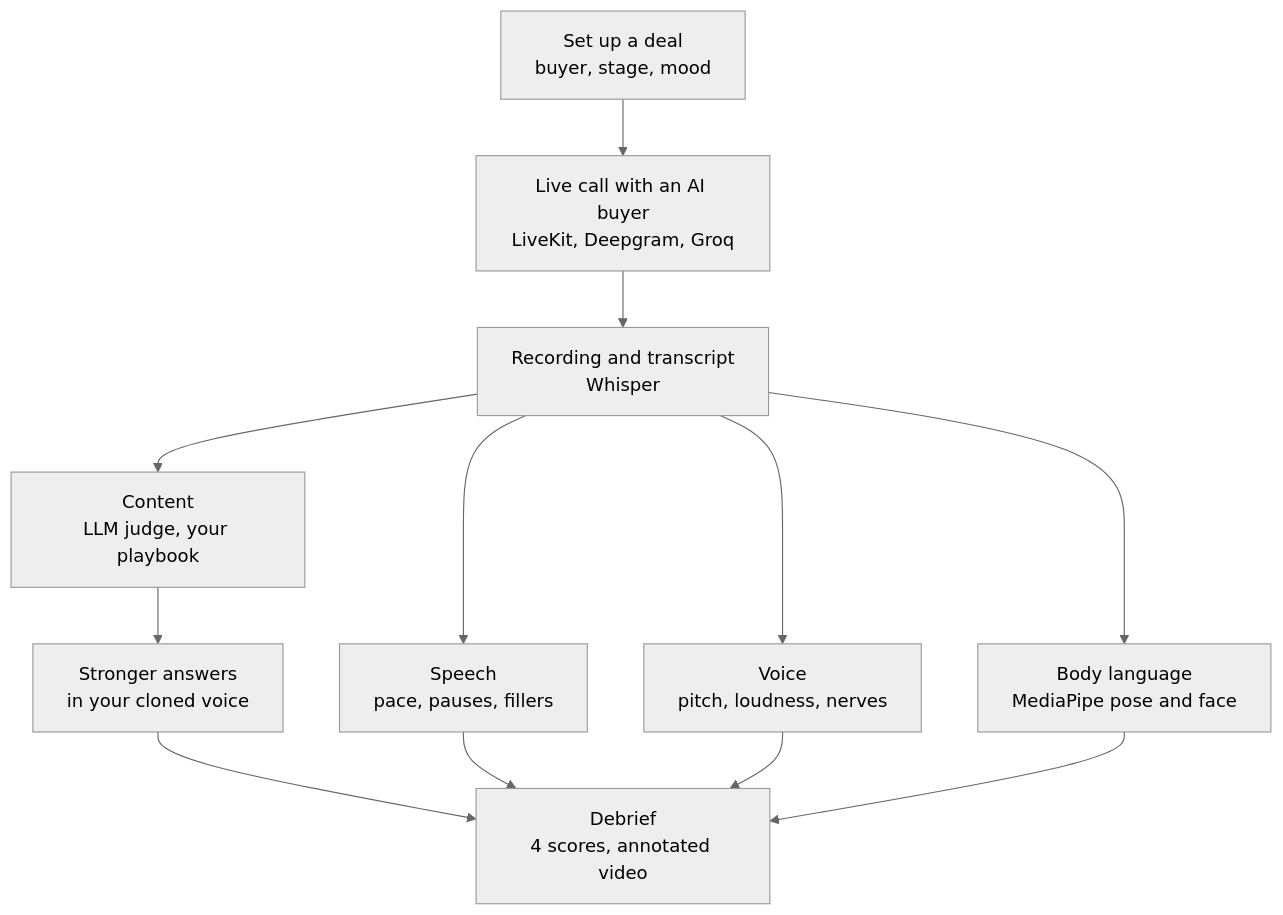
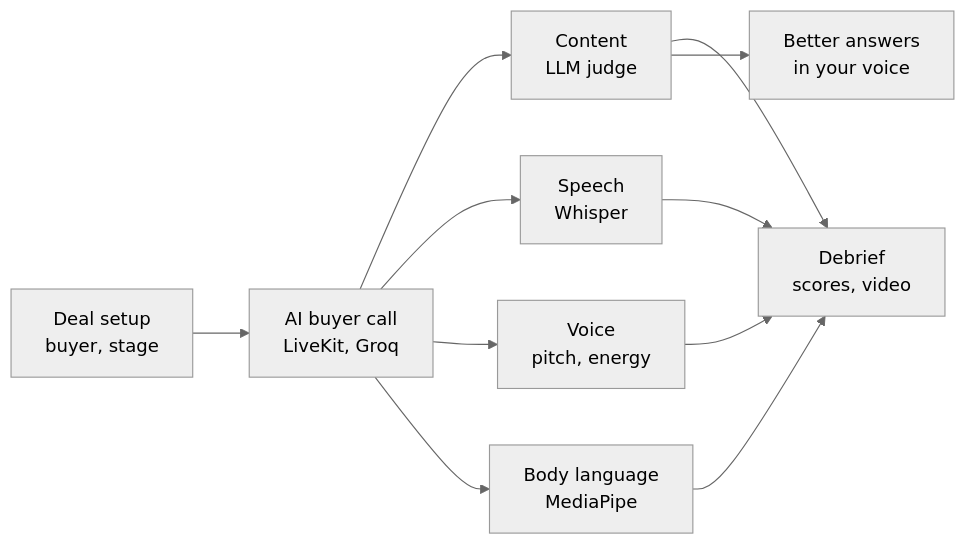
The fifth of 6 diagrams in README.md (krishnapriyarajeev/krishnapriyarajeev), drawn with Mermaid (neutral theme) before and after one commit. The commit also changed other lines of this file, not shown here.

Commit message:
Add architecture diagrams for all projects

````diff
--- a/README.md
+++ b/README.md
@@ -40,14 +98,13 @@
   ```mermaid
-  flowchart TD
-      setup["Set up a deal<br/>buyer, stage, mood"] --> live["Live call with an AI buyer<br/>LiveKit, Deepgram, Groq"]
-      live --> rec["Recording and transcript<br/>Whisper"]
-      rec --> content["Content<br/>LLM judge, your playbook"]
-      rec --> speech["Speech<br/>pace, pauses, fillers"]
-      rec --> voice["Voice<br/>pitch, loudness, nerves"]
-      rec --> body["Body language<br/>MediaPipe pose and face"]
-      content --> fixes["Stronger answers<br/>in your cloned voice"]
-      fixes --> debrief["Debrief<br/>4 scores, annotated video"]
-      speech --> debrief
-      voice --> debrief
-      body --> debrief
+  flowchart LR
+      p1["Deal setup<br/>buyer, stage"] --> p2["AI buyer call<br/>LiveKit, Groq"]
+      p2 --> p3["Content<br/>LLM judge"]
+      p2 --> p4["Speech<br/>Whisper"]
+      p2 --> p5["Voice<br/>pitch, energy"]
+      p2 --> p6["Body language<br/>MediaPipe"]
+      p3 --> p7["Debrief<br/>scores, video"]
+      p4 --> p7
+      p5 --> p7
+      p6 --> p7
+      p3 --> p8["Better answers<br/>in your voice"]
   ```
````
